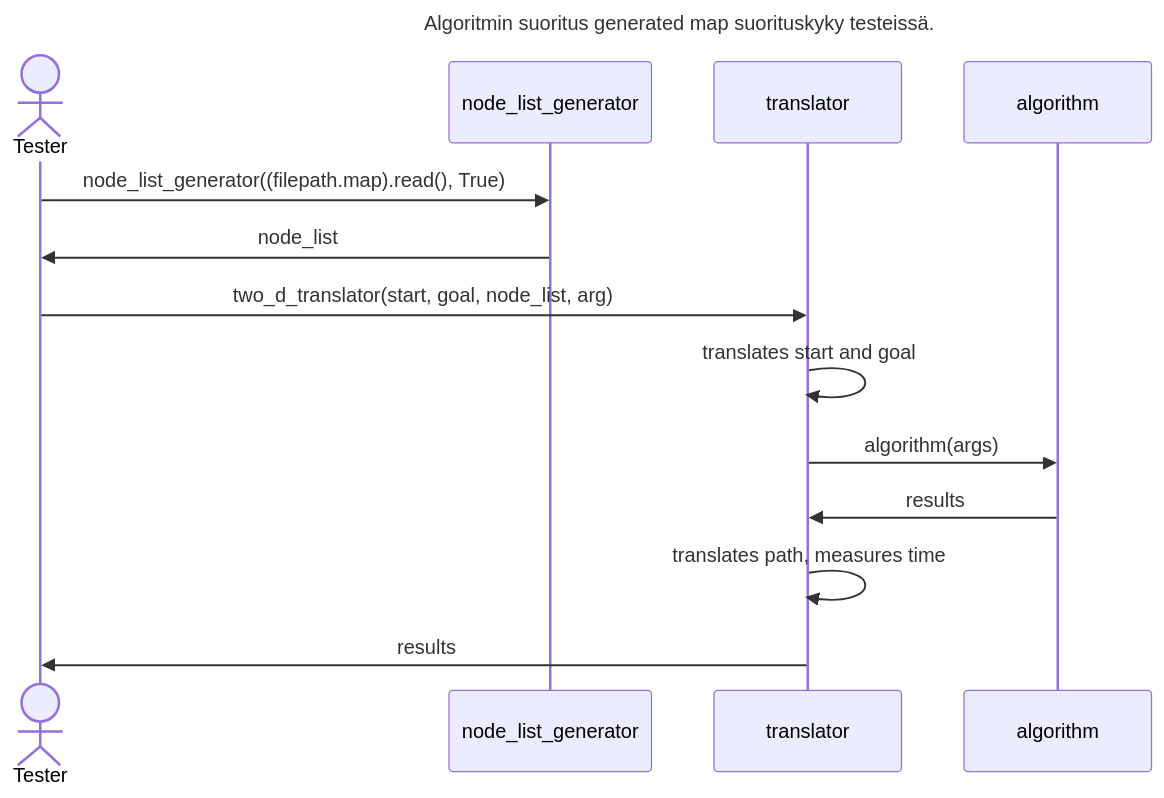
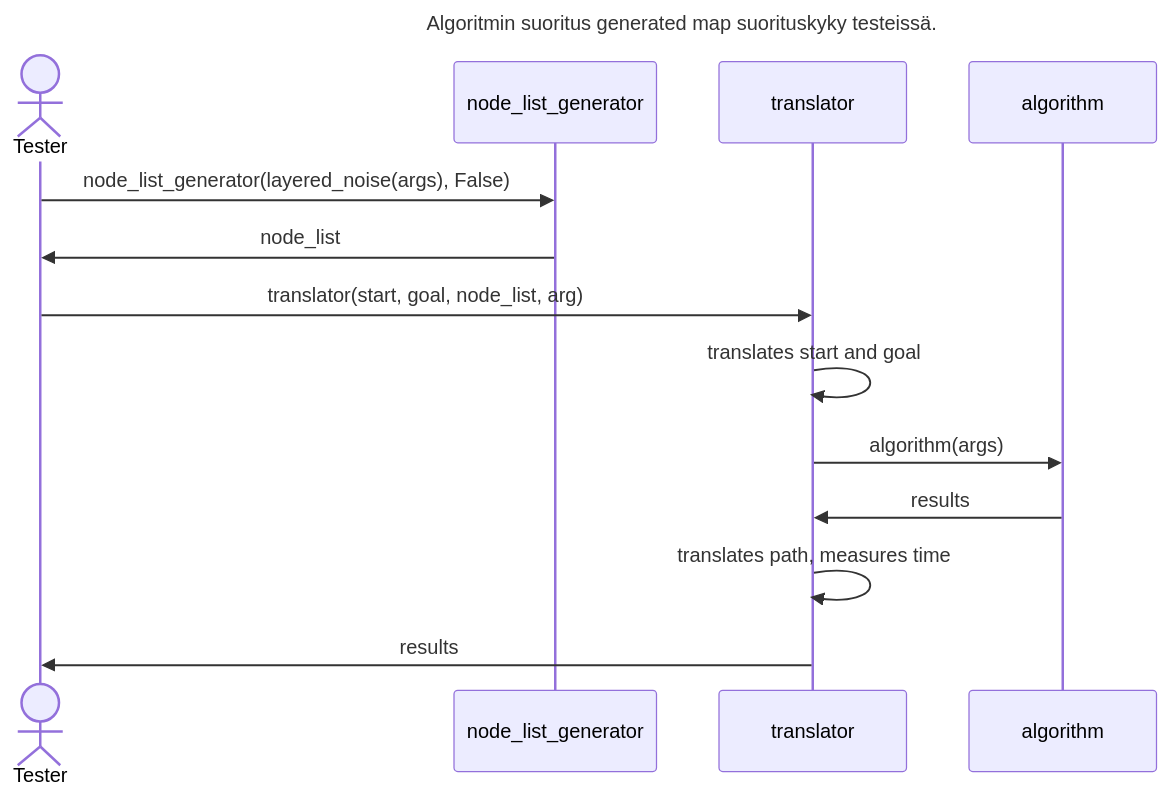
Before and after one commit to levitesuo/algoritmit-harjoitustyo: the second of 3 diagrams in dokumentaatio/Toteutusdokumentti.md, drawn with Mermaid.

Commit message:
fixed graphs

````diff
--- a/dokumentaatio/Toteutusdokumentti.md
+++ b/dokumentaatio/Toteutusdokumentti.md
@@ -119,15 +119,15 @@
 ```mermaid
 sequenceDiagram title Algoritmin suoritus generated map suorituskyky testeissä.
   actor Tester
   participant node_list_generator
   participant translator
   participant algorithm
-  Tester->>node_list_generator:node_list_generator((filepath.map).read(), True)
+  Tester->>node_list_generator:node_list_generator(layered_noise(args), False)
   node_list_generator->>Tester:node_list
-  Tester->>translator:two_d_translator(start, goal, node_list, arg)
+  Tester->>translator:translator(start, goal, node_list, arg)
   translator->>translator:translates start and goal
   translator->>algorithm:algorithm(args)
   algorithm->>translator:results
   translator->>translator:translates path, measures time
   translator->>Tester:results
 ```
````
